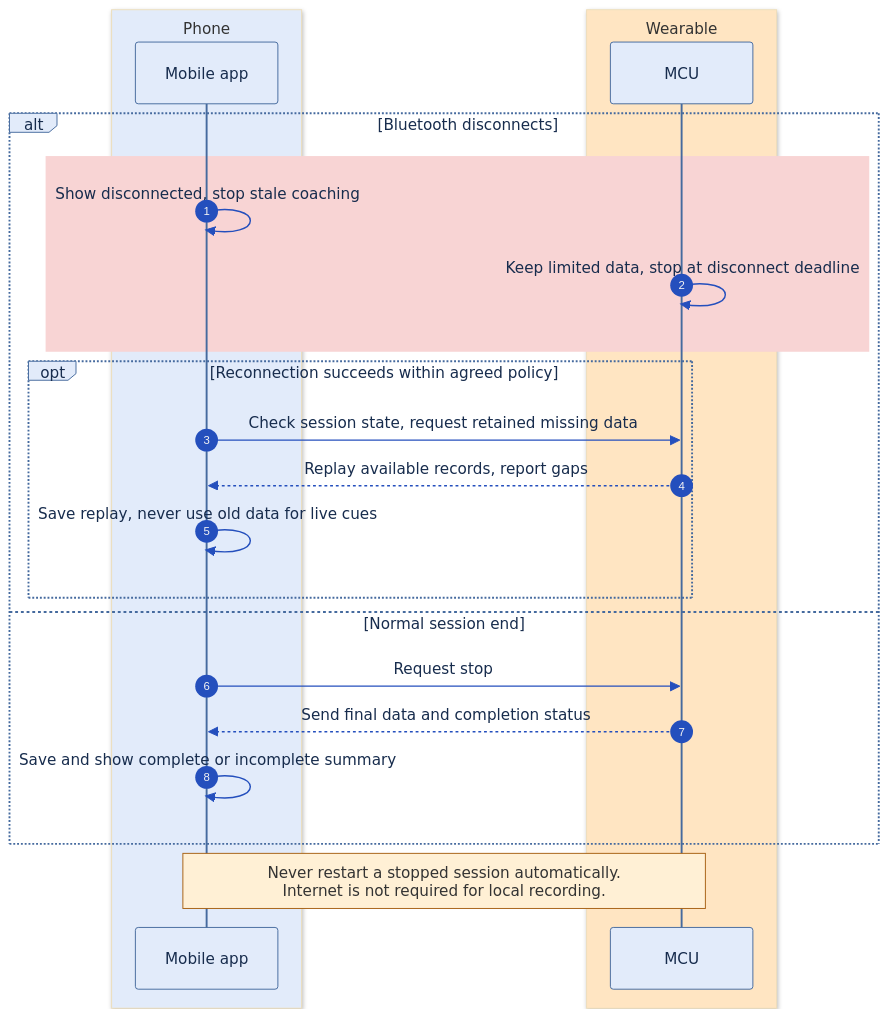
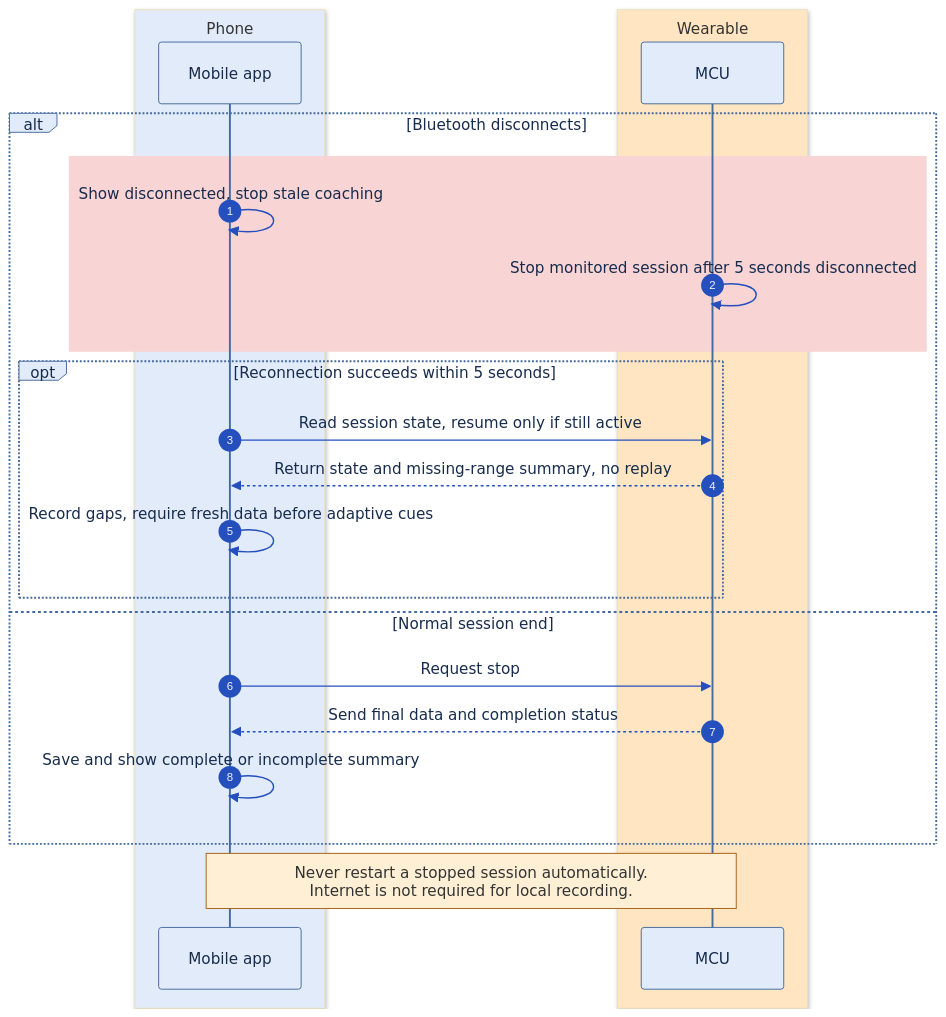
One commit to ARRR-Coen-Elec-490/docs changed the third of 3 diagrams in software-documentation/ble-sequence.md. Above: the diagram before and after it, drawn with Mermaid. The commit also changed other lines of this file and 13 other files, not shown here.

````diff
--- a/software-documentation/ble-sequence.md
+++ b/software-documentation/ble-sequence.md
@@ -83,29 +79,29 @@
 ```mermaid
 %%{init: {"theme": "base", "themeVariables": {"actorBkg": "#E2EBFA", "actorBorder": "#456A9E", "actorTextColor": "#172C4D", "signalColor": "#244FBD", "signalTextColor": "#172C4D", "noteBkgColor": "#FFF0D5", "noteBorderColor": "#A66012"}}}%%
 sequenceDiagram
     accTitle: Disconnection and session completion
-    accDescr: Suppress stale coaching, recover retained data within agreed limits, and show missing data in the final summary.
+    accDescr: Suppress stale coaching, reconnect only before the five-second stop deadline, and preserve gaps without replay.
     autonumber
     box rgb(226,235,250) Phone
         participant App as Mobile app
     end
     box rgb(255,229,194) Wearable
         participant MCU as MCU
     end
     alt Bluetooth disconnects
         rect rgb(248,212,212)
             App->>App: Show disconnected, stop stale coaching
-            MCU->>MCU: Keep limited data, stop at disconnect deadline
+            MCU->>MCU: Stop monitored session after 5 seconds disconnected
         end
-        opt Reconnection succeeds within agreed policy
-            App->>MCU: Check session state, request retained missing data
-            MCU-->>App: Replay available records, report gaps
-            App->>App: Save replay, never use old data for live cues
+        opt Reconnection succeeds within 5 seconds
+            App->>MCU: Read session state, resume only if still active
+            MCU-->>App: Return state and missing-range summary, no replay
+            App->>App: Record gaps, require fresh data before adaptive cues
         end
     else Normal session end
         App->>MCU: Request stop
         MCU-->>App: Send final data and completion status
         App->>App: Save and show complete or incomplete summary
     end
     Note over App,MCU: Never restart a stopped session automatically.<br/>Internet is not required for local recording.
 ```
````
